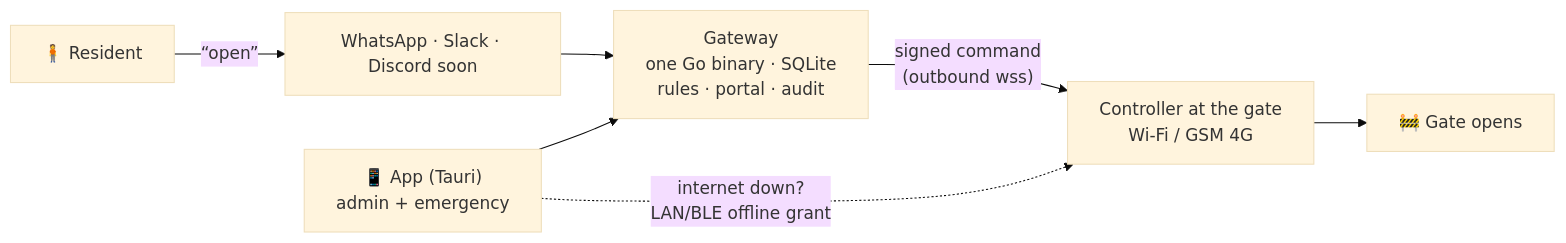
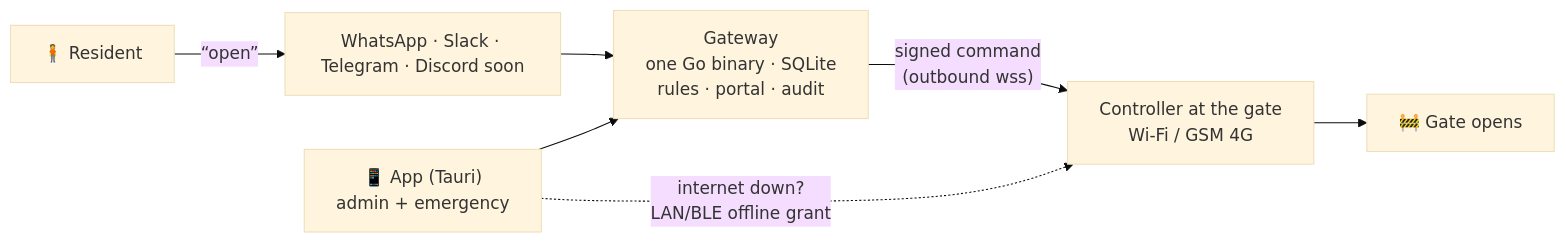
Before and after one commit to vul-os/whatsacc: the first of 2 diagrams in README.md, drawn with Mermaid (base theme). The commit also changed 5 other files, not shown here.

````diff
--- a/README.md
+++ b/README.md
@@ -38,9 +38,9 @@
 ```mermaid
 flowchart LR
-    R["🧍 Resident"] -- "“open”" --> CH["WhatsApp · Slack · Discord soon"]
+    R["🧍 Resident"] -- "“open”" --> CH["WhatsApp · Slack · Telegram · Discord soon"]
     CH --> GW["Gateway<br/>one Go binary · SQLite<br/>rules · portal · audit"]
     APP["📱 App (Tauri)<br/>admin + emergency"] --> GW
     GW -- "signed command<br/>(outbound wss)" --> C["Controller at the gate<br/>Wi-Fi / GSM 4G"]
     C --> G["🚧 Gate opens"]
     APP -. "internet down?<br/>LAN/BLE offline grant" .-> C
 ```
````
